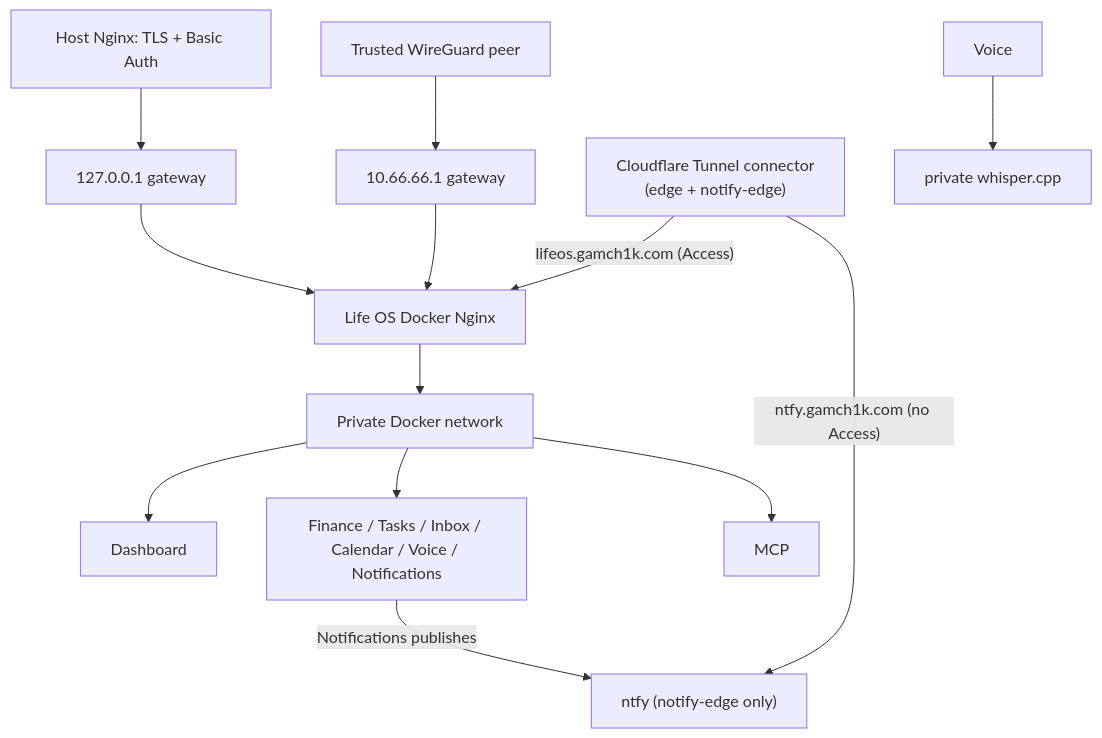
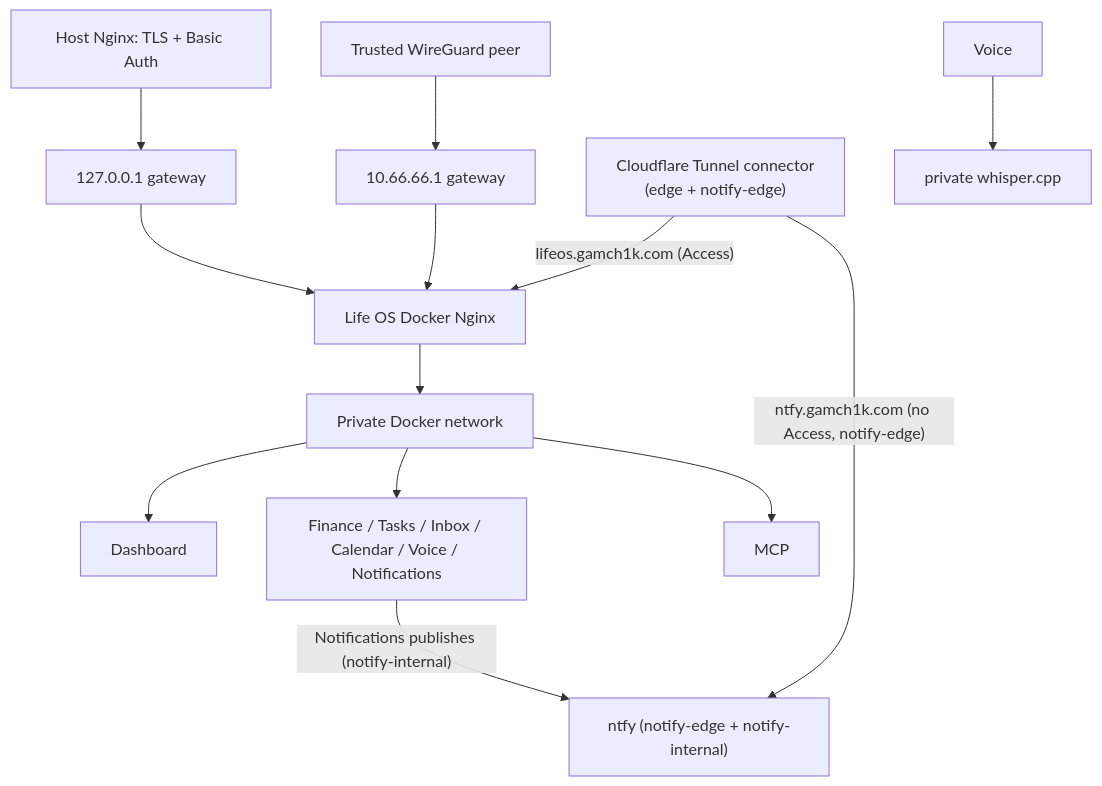
One commit to GAMch1k/life-os changed the diagram in docs/architecture/networking.md. Above: the diagram before and after it, drawn with Mermaid. The commit also changed other lines of this file and 8 other files, not shown here.

````diff
--- a/docs/architecture/networking.md
+++ b/docs/architecture/networking.md
@@ -3,15 +3,15 @@
 ```mermaid
 flowchart TB
  Host[Host Nginx: TLS + Basic Auth] --> Loopback[127.0.0.1 gateway]
  WireGuard[Trusted WireGuard peer] --> WGGateway[10.66.66.1 gateway]
  Tunnel["Cloudflare Tunnel connector<br>(edge + notify-edge)"] -- "lifeos.gamch1k.com (Access)" --> Gateway
  Loopback --> Gateway[Life OS Docker Nginx]
  WGGateway --> Gateway
  Gateway --> Private[Private Docker network]
  Private --> Dashboard
  Private --> APIs[Finance / Tasks / Inbox / Calendar / Voice / Notifications]
  Private --> MCP
  Voice --> Whisper[private whisper.cpp]
- Tunnel -- "ntfy.gamch1k.com (no Access)" --> Ntfy["ntfy (notify-edge only)"]
- APIs -- "Notifications publishes" --> Ntfy
+ Tunnel -- "ntfy.gamch1k.com (no Access, notify-edge)" --> Ntfy["ntfy (notify-edge + notify-internal)"]
+ APIs -- "Notifications publishes (notify-internal)" --> Ntfy
 ```
````
